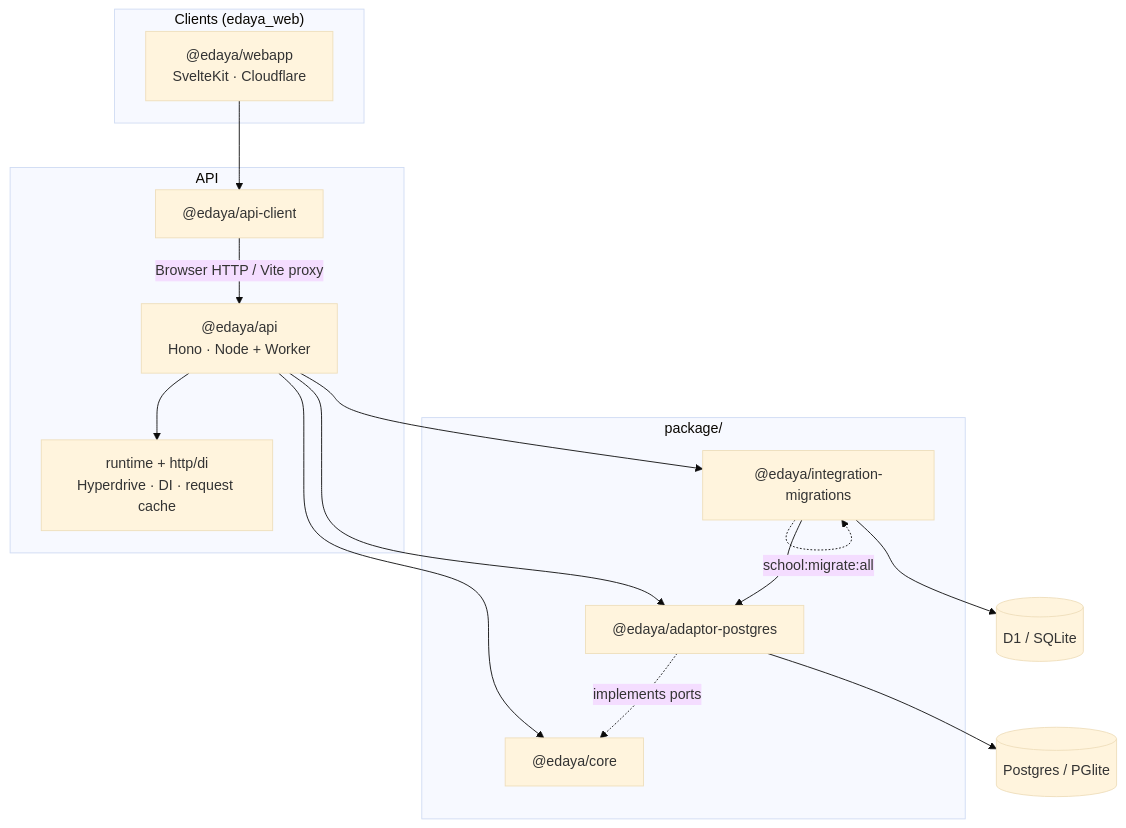
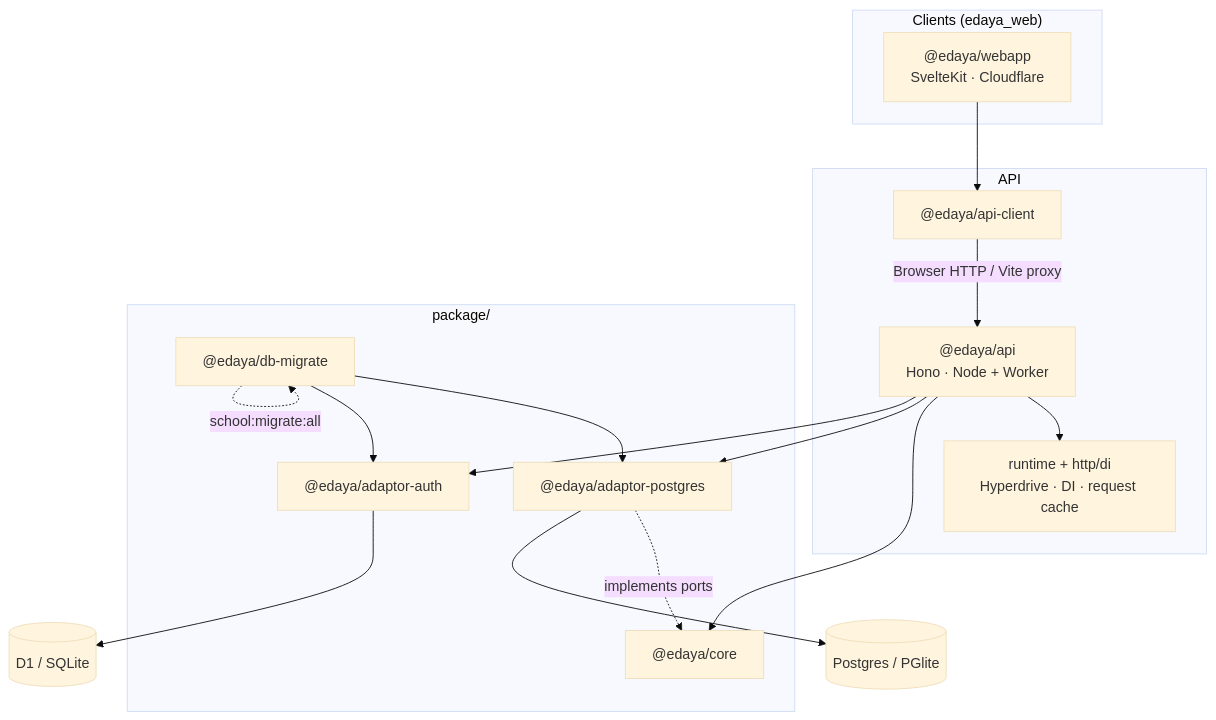
Before and after one commit to Maya-Invest/edaya_backend: the diagram in README.md, drawn with Mermaid (base theme). The commit also changed other lines of this file and 71 other files, not shown here.

````diff
--- a/README.md
+++ b/README.md
@@ -36,30 +38,32 @@
 ```mermaid
 flowchart TB
   subgraph clients["Clients (edaya_web)"]
     Webapp["@edaya/webapp<br/>SvelteKit · Cloudflare"]
   end
 
   subgraph api_layer["API"]
     API["@edaya/api<br/>Hono · Node + Worker"]
     Client["@edaya/api-client"]
     WorkerHost["runtime + http/di<br/>Hyperdrive · DI · request cache"]
   end
 
   subgraph package["package/"]
     Core["@edaya/core"]
     PG["@edaya/adaptor-postgres"]
-    Migrations["@edaya/integration-migrations"]
+    Auth["@edaya/adaptor-auth"]
+    DbMigrate["@edaya/db-migrate"]
   end
 
   Webapp --> Client
   Client -->|Browser HTTP / Vite proxy| API
   API --> WorkerHost
   API --> Core
   API --> PG
-  API --> Migrations
+  API --> Auth
   PG -.->|implements ports| Core
-  Migrations --> PG
-  Migrations -.->|school:migrate:all| Migrations
+  DbMigrate --> PG
+  DbMigrate --> Auth
+  DbMigrate -.->|school:migrate:all| DbMigrate
   PG --> SchoolDB[(Postgres / PGlite)]
-  Migrations --> AuthDB[(D1 / SQLite)]
+  Auth --> AuthDB[(D1 / SQLite)]
 ```
````
